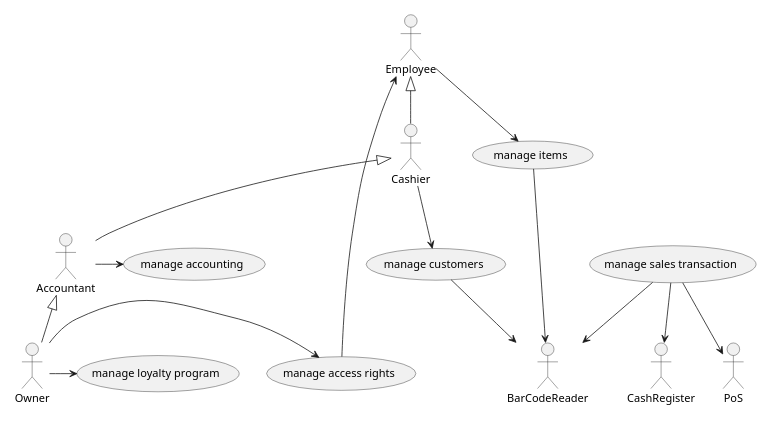
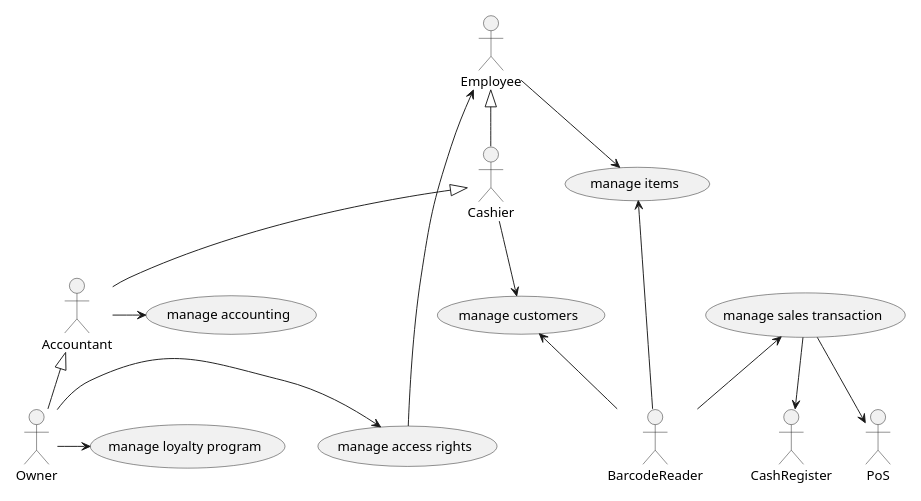
The second of 6 diagrams in Deliverables/RequirementsDocument.md (djemar/softeng_ezshop), drawn with PlantUML before and after one commit. The commit also changed other lines of this file, not shown here.

````diff
--- a/Deliverables/RequirementsDocument.md
+++ b/Deliverables/RequirementsDocument.md
@@ -201,25 +177,25 @@
 ```plantuml
-scale 500 width
+scale 600 width
 actor Owner as o
 actor Employee as e
 actor CashRegister as ca
 actor Accountant as acc
-actor BarCodeReader as bc
+actor BarcodeReader as bc
 actor Cashier as c
 actor PoS as pos
 
 acc -> (manage accounting)
 e -> (manage items)
-(manage items) -> bc
+(manage items) <- bc
 (manage sales transaction) --> ca
-(manage sales transaction) --> bc
+(manage sales transaction) <-- bc
 (manage sales transaction) --> pos
 c --> (manage customers)
-(manage customers) --> bc
+(manage customers) <-- bc
 o -> (manage access rights)
 o -> (manage loyalty program)
 (manage access rights) -> e
 o -up-|> acc
 acc -up-|> c
 c -up-|> e
 ```
````
